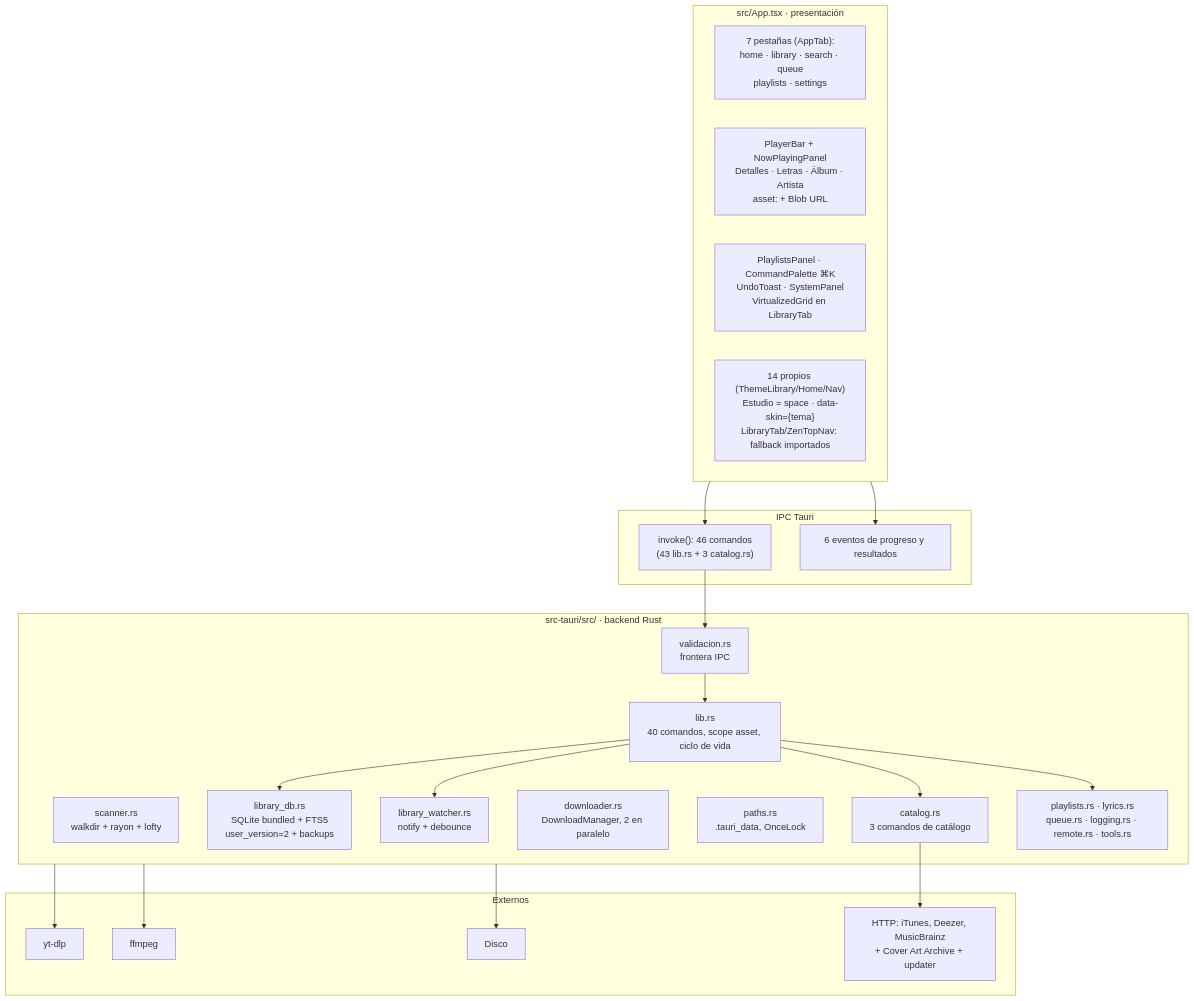
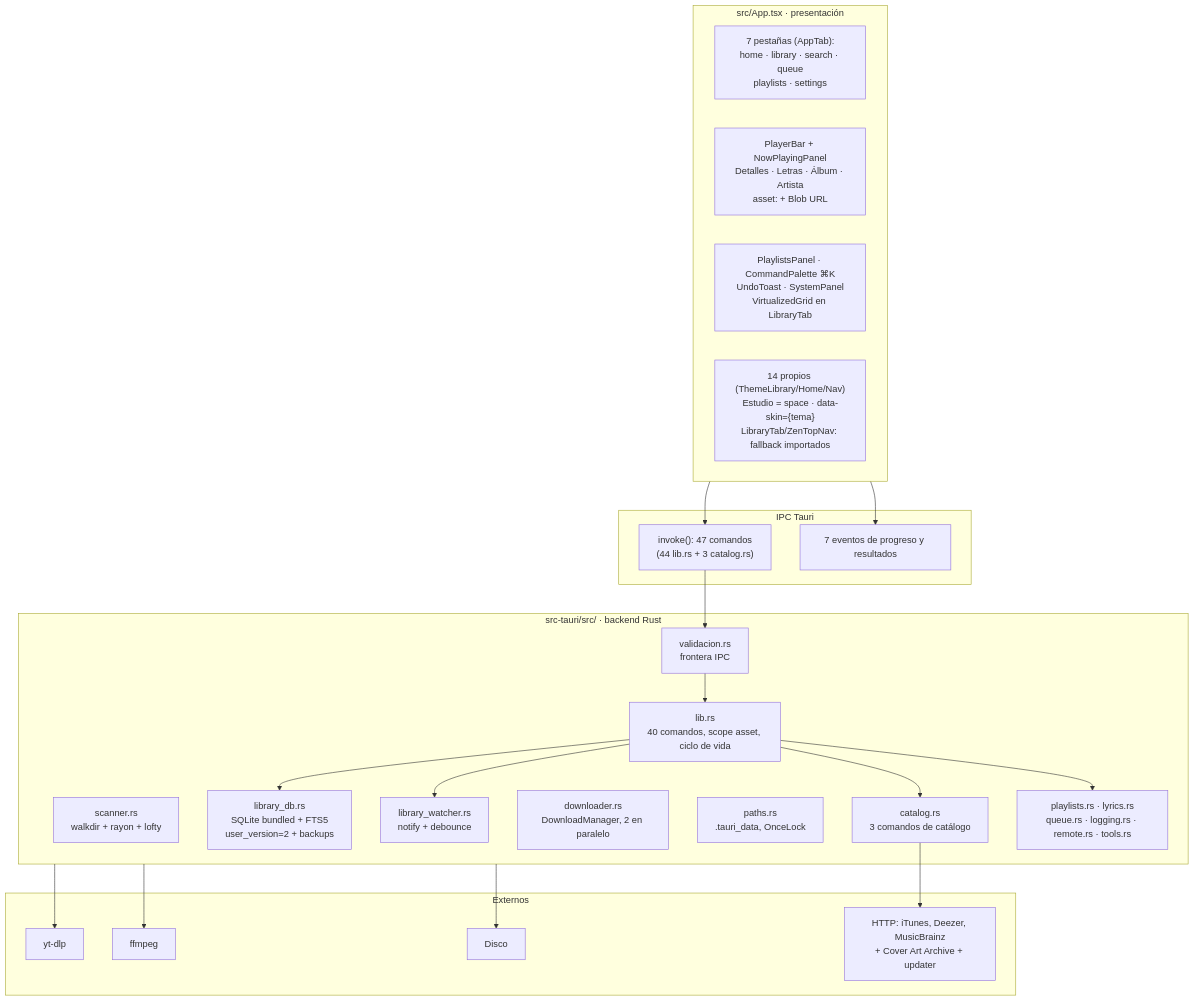
One commit to YordanoCS1/sakura-music changed the second of 5 diagrams in docs/arquitectura.md. Above: the diagram before and after it, drawn with Mermaid. The commit also changed 17 other files, not shown here.

````diff
--- a/docs/arquitectura.md
+++ b/docs/arquitectura.md
@@ -28,46 +28,46 @@
 ```mermaid
 flowchart TB
     subgraph UI["src/App.tsx · presentación"]
         TABS["7 pestañas (AppTab):<br/>home · library · search · queue<br/>playlists · settings"]
         PLAYER["PlayerBar + NowPlayingPanel<br/>Detalles · Letras · Álbum · Artista<br/>asset: + Blob URL"]
         PANEL["PlaylistsPanel · CommandPalette ⌘K<br/>UndoToast · SystemPanel<br/>VirtualizedGrid en LibraryTab"]
         THEME["14 propios (ThemeLibrary/Home/Nav)<br/>Estudio = space · data-skin={tema}<br/>LibraryTab/ZenTopNav: fallback importados"]
     end
 
     subgraph IPC["IPC Tauri"]
-        CMD["invoke(): 46 comandos<br/>(43 lib.rs + 3 catalog.rs)"]
-        EVT["6 eventos de progreso y resultados"]
+        CMD["invoke(): 47 comandos<br/>(44 lib.rs + 3 catalog.rs)"]
+        EVT["7 eventos de progreso y resultados"]
     end
 
     subgraph CORE["src-tauri/src/ · backend Rust"]
         SCAN["scanner.rs<br/>walkdir + rayon + lofty"]
         DB["library_db.rs<br/>SQLite bundled + FTS5<br/>user_version=2 + backups"]
         WATCH["library_watcher.rs<br/>notify + debounce"]
         DL["downloader.rs<br/>DownloadManager, 2 en paralelo"]
         PATH["paths.rs<br/>.tauri_data, OnceLock"]
         LIB["lib.rs<br/>40 comandos, scope asset, ciclo de vida"]
         CATALOG["catalog.rs<br/>3 comandos de catálogo"]
         VAL["validacion.rs<br/>frontera IPC"]
         PL["playlists.rs · lyrics.rs<br/>queue.rs · logging.rs · remote.rs · tools.rs"]
     end
 
     subgraph EXT["Externos"]
         YTDLP["yt-dlp"]
         FFMPEG["ffmpeg"]
         NET["HTTP: iTunes, Deezer, MusicBrainz<br/>+ Cover Art Archive + updater"]
         DISK["Disco"]
     end
 
     UI --> CMD
     UI --> EVT
     CMD --> VAL
     VAL --> LIB
     LIB --> DB
     LIB --> WATCH
     LIB --> CATALOG
     LIB --> PL
     CORE --> YTDLP
     CORE --> FFMPEG
     CATALOG --> NET
     CORE --> DISK
 ```
````
